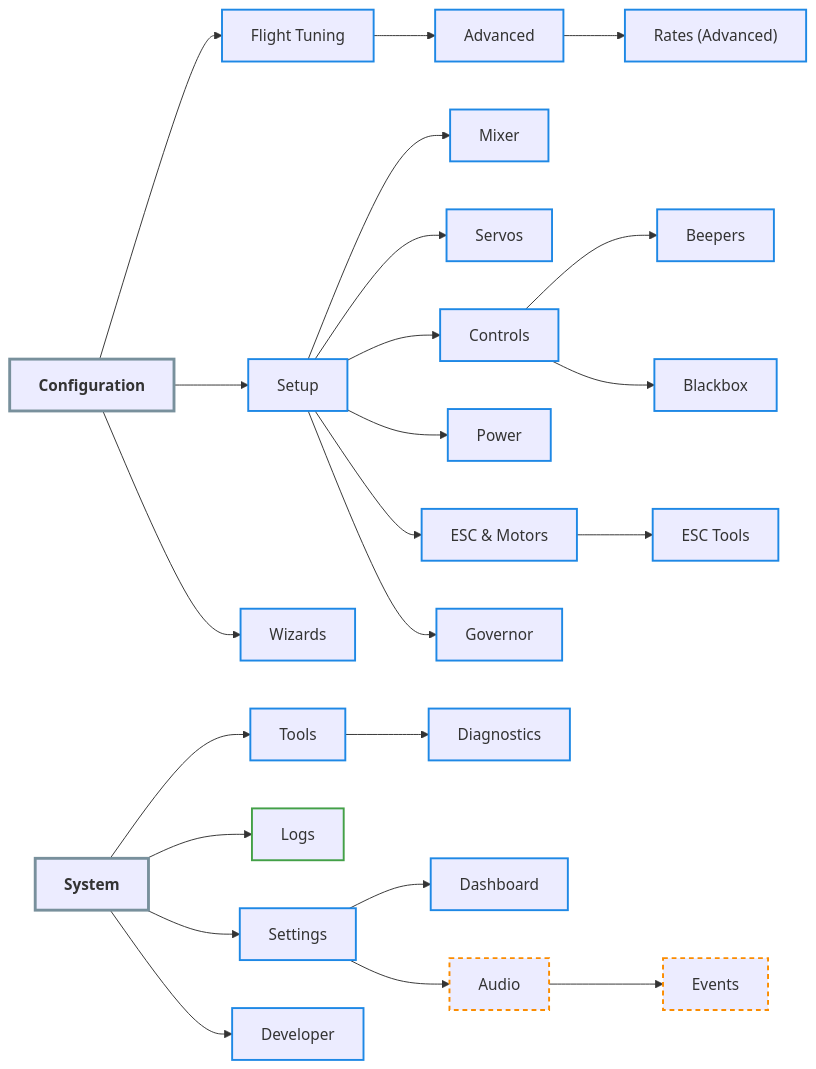
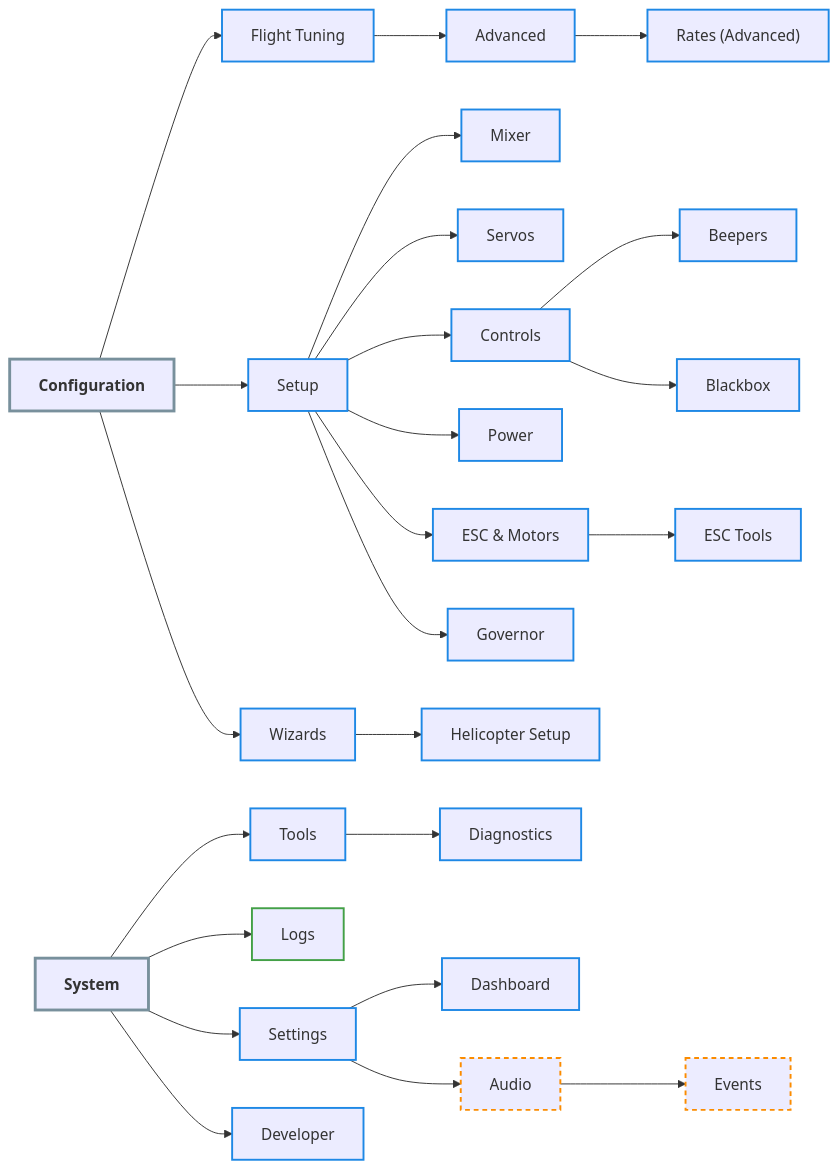
The first of 7 diagrams in docs/reference/menu-structure.md (rotorflight/rotorflight-lua-edgetx-suite), drawn with Mermaid before and after one commit. The commit also changed other lines of this file and 636 other files, not shown here.

First line of the commit message:
feat(wizard): add a helicopter setup wizard (#839)

````diff
--- a/docs/reference/menu-structure.md
+++ b/docs/reference/menu-structure.md
@@ -42,54 +42,56 @@
 ```mermaid
 flowchart LR
   n0["Configuration"]:::section
   n1["Flight Tuning"]:::menu
   n0 --> n1
   n2["Advanced"]:::menu
   n1 --> n2
   n3["Rates (Advanced)"]:::menu
   n2 --> n3
   n4["Setup"]:::menu
   n0 --> n4
   n5["Mixer"]:::menu
   n4 --> n5
   n6["Servos"]:::menu
   n4 --> n6
   n7["Controls"]:::menu
   n4 --> n7
   n8["Beepers"]:::menu
   n7 --> n8
   n9["Blackbox"]:::menu
   n7 --> n9
   n10["Power"]:::menu
   n4 --> n10
   n11["ESC #amp; Motors"]:::menu
   n4 --> n11
   n12["ESC Tools"]:::menu
   n11 --> n12
   n13["Governor"]:::menu
   n4 --> n13
   n14["Wizards"]:::menu
   n0 --> n14
-  n15["System"]:::section
-  n16["Tools"]:::menu
-  n15 --> n16
-  n17["Diagnostics"]:::menu
+  n15["Helicopter Setup"]:::menu
+  n14 --> n15
+  n16["System"]:::section
+  n17["Tools"]:::menu
   n16 --> n17
-  n18["Logs"]:::documented
-  n15 --> n18
-  n19["Settings"]:::menu
-  n15 --> n19
-  n20["Dashboard"]:::menu
-  n19 --> n20
-  n21["Audio"]:::undocumented
-  n19 --> n21
-  n22["Events"]:::undocumented
-  n21 --> n22
-  n23["Developer"]:::menu
-  n15 --> n23
+  n18["Diagnostics"]:::menu
+  n17 --> n18
+  n19["Logs"]:::documented
+  n16 --> n19
+  n20["Settings"]:::menu
+  n16 --> n20
+  n21["Dashboard"]:::menu
+  n20 --> n21
+  n22["Audio"]:::undocumented
+  n20 --> n22
+  n23["Events"]:::undocumented
+  n22 --> n23
+  n24["Developer"]:::menu
+  n16 --> n24
   classDef section stroke:#78909c,stroke-width:3px,font-weight:bold
   classDef menu stroke:#1e88e5,stroke-width:2px
   classDef documented stroke:#43a047,stroke-width:2px
   classDef undocumented stroke:#fb8c00,stroke-width:2px,stroke-dasharray:5 4
   classDef empty stroke:#9e9e9e,stroke-width:2px,stroke-dasharray:2 3
 ```
````
